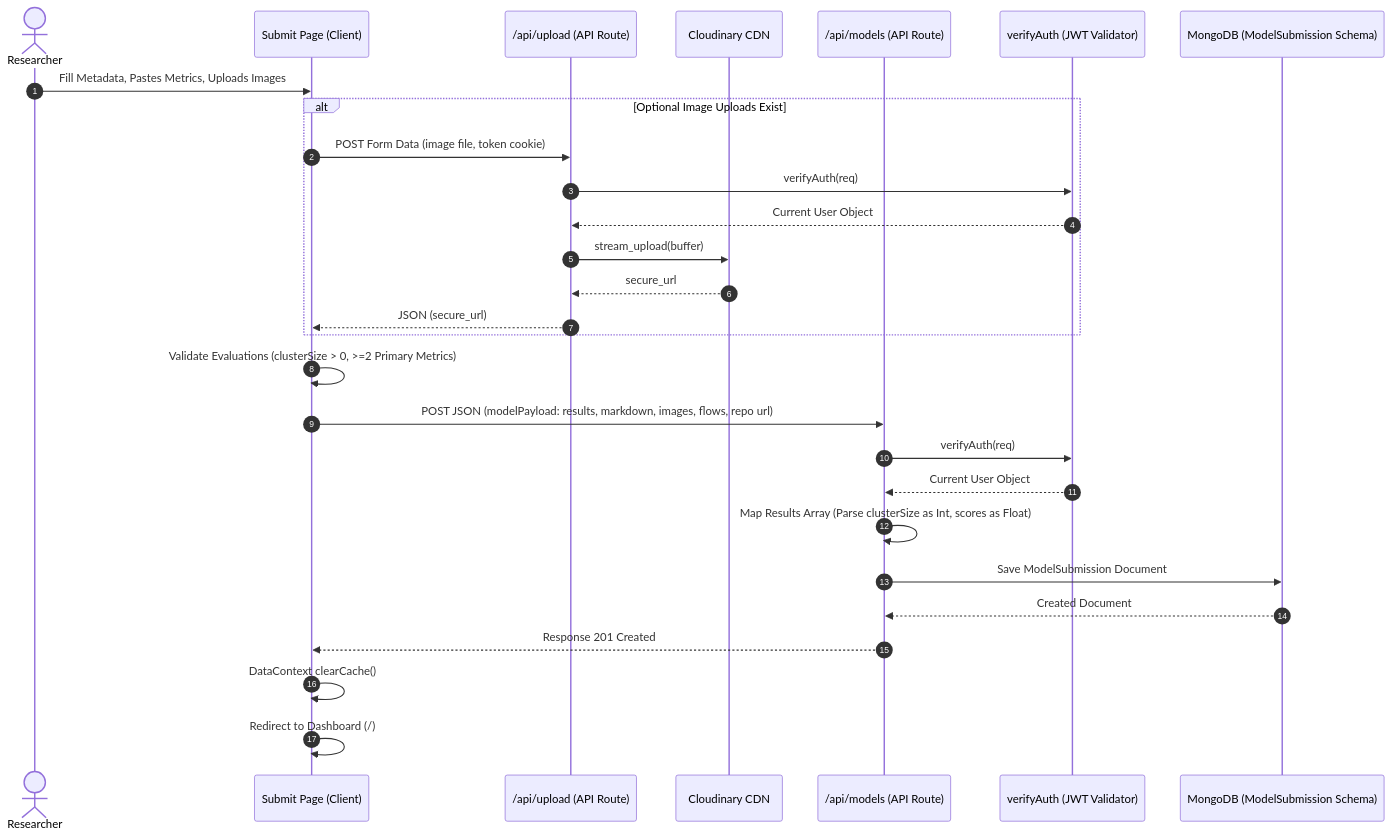
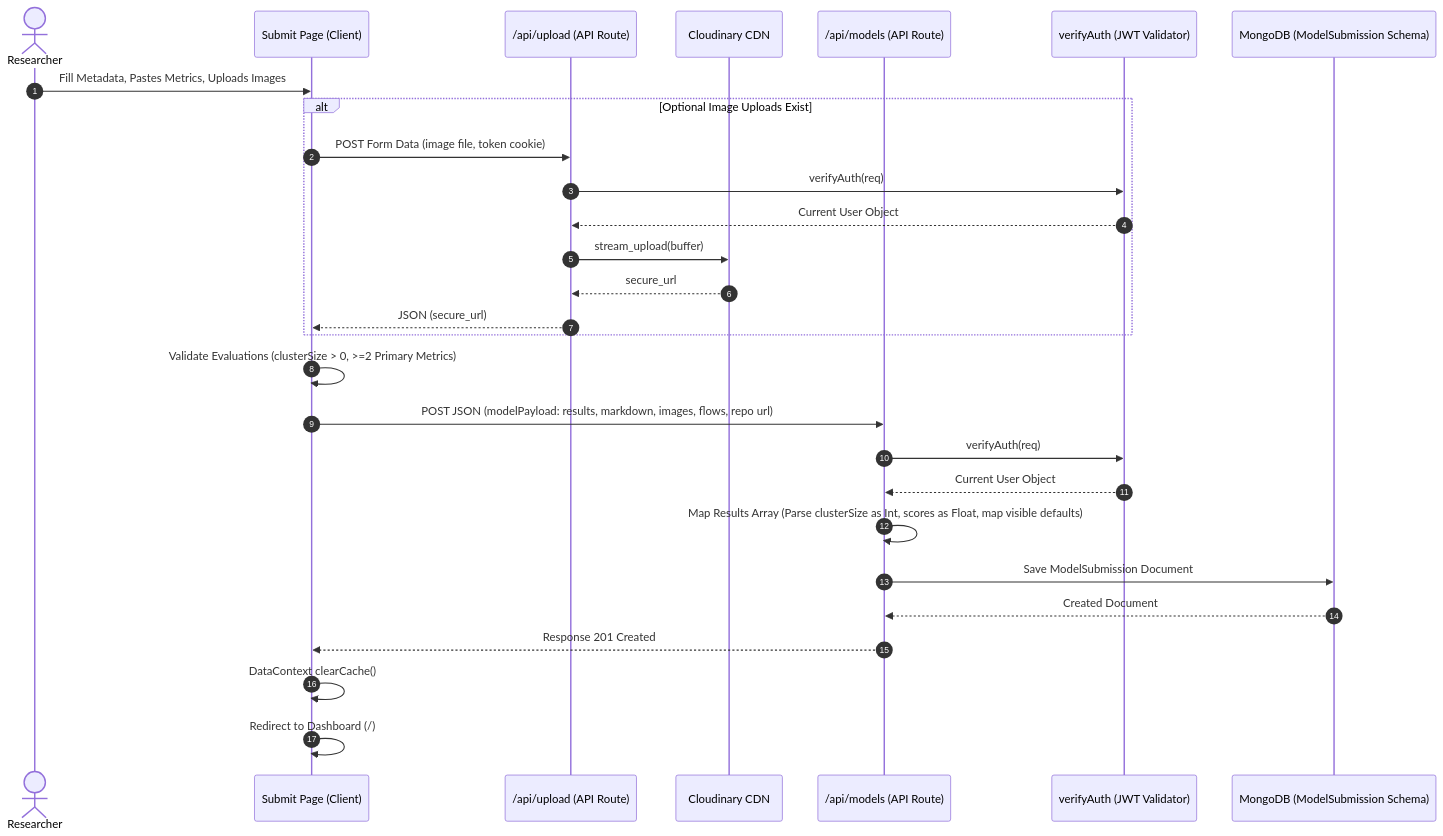
The third of 8 diagrams in DATA_FLOW.md (Asadullah-Imran/FYDP-LeaderBoard-NextJS), drawn with Mermaid before and after one commit. The commit also changed other lines of this file and 1 other file, not shown here.

````diff
--- a/DATA_FLOW.md
+++ b/DATA_FLOW.md
@@ -122,33 +123,33 @@
 ```mermaid
 sequenceDiagram
     autonumber
     actor Researcher as Researcher
     participant UI as Submit Page (Client)
     participant UploadAPI as /api/upload (API Route)
     participant Cloudinary as Cloudinary CDN
     participant ModelAPI as /api/models (API Route)
     participant Auth as verifyAuth (JWT Validator)
     participant DB as MongoDB (ModelSubmission Schema)
 
     Researcher->>UI: Fill Metadata, Pastes Metrics, Uploads Images
     
     alt Optional Image Uploads Exist
         UI->>UploadAPI: POST Form Data (image file, token cookie)
         UploadAPI->>Auth: verifyAuth(req)
         Auth-->>UploadAPI: Current User Object
         UploadAPI->>Cloudinary: stream_upload(buffer)
         Cloudinary-->>UploadAPI: secure_url
         UploadAPI-->>UI: JSON (secure_url)
     end
     
     UI->>UI: Validate Evaluations (clusterSize > 0, >=2 Primary Metrics)
     UI->>ModelAPI: POST JSON (modelPayload: results, markdown, images, flows, repo url)
     ModelAPI->>Auth: verifyAuth(req)
     Auth-->>ModelAPI: Current User Object
-    ModelAPI->>ModelAPI: Map Results Array (Parse clusterSize as Int, scores as Float)
+    ModelAPI->>ModelAPI: Map Results Array (Parse clusterSize as Int, scores as Float, map visible defaults)
     ModelAPI->>DB: Save ModelSubmission Document
     DB-->>ModelAPI: Created Document
     ModelAPI-->>UI: Response 201 Created
     UI->>UI: DataContext clearCache()
     UI->>UI: Redirect to Dashboard (/)
 ```
````
